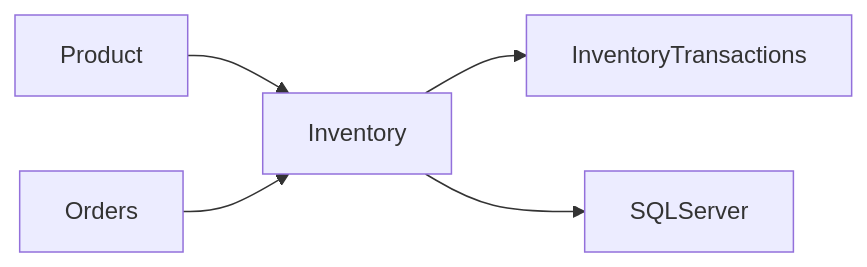
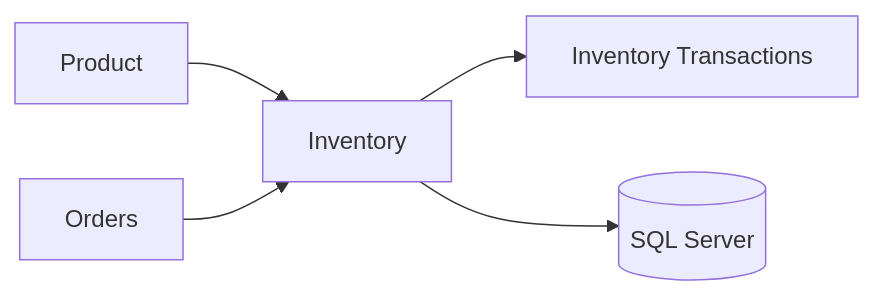
Before and after one commit to chintanchhapgar/ShopSphere: the second of 8 diagrams in docs/inventory.md, drawn with Mermaid. The commit also changed other lines of this file, not shown here.

Commit message:
Update inventory documentation with table of contents

````diff
--- a/docs/inventory.md
+++ b/docs/inventory.md
@@ -50,11 +77,13 @@
 ```mermaid
 flowchart LR
+    A["Product"]
+    B["Inventory"]
+    C["Inventory Transactions"]
+    D["Orders"]
+    E[("SQL Server")]
 
-Product --> Inventory
-
-Inventory --> InventoryTransactions
-
-Orders --> Inventory
-
-Inventory --> SQLServer
+    A --> B
+    B --> C
+    D --> B
+    B --> E
 ```
````
